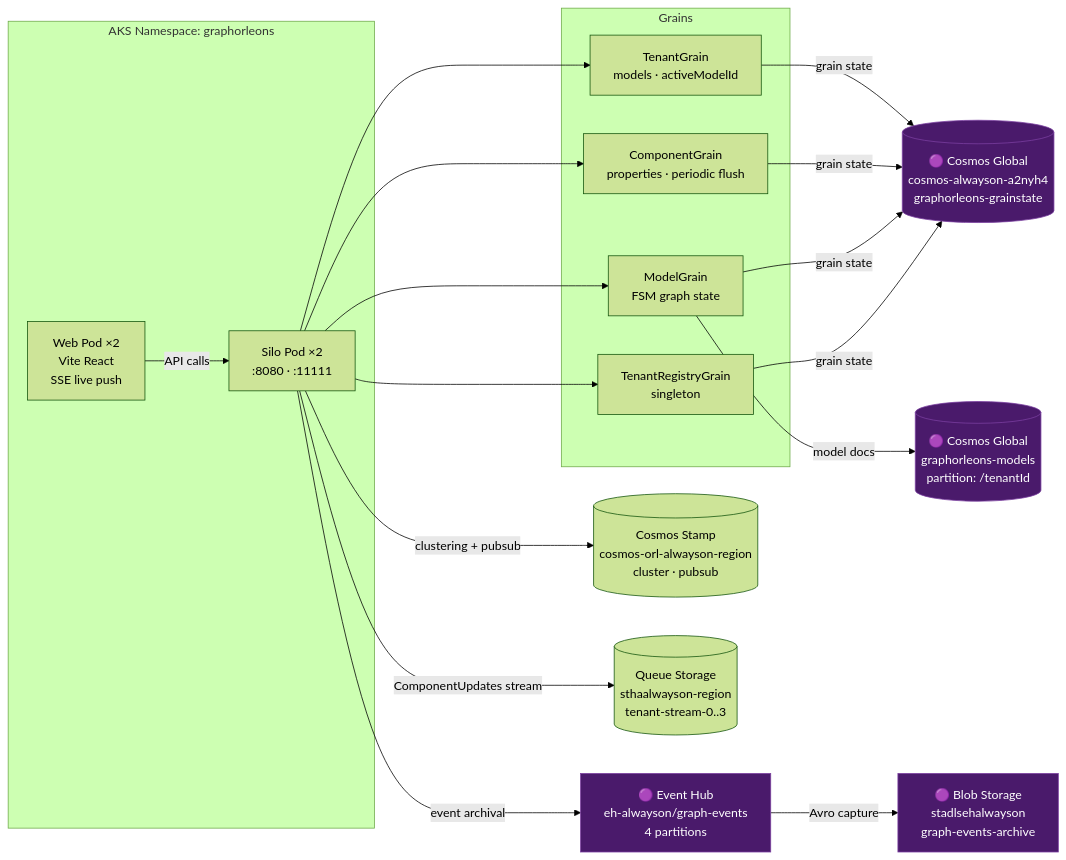
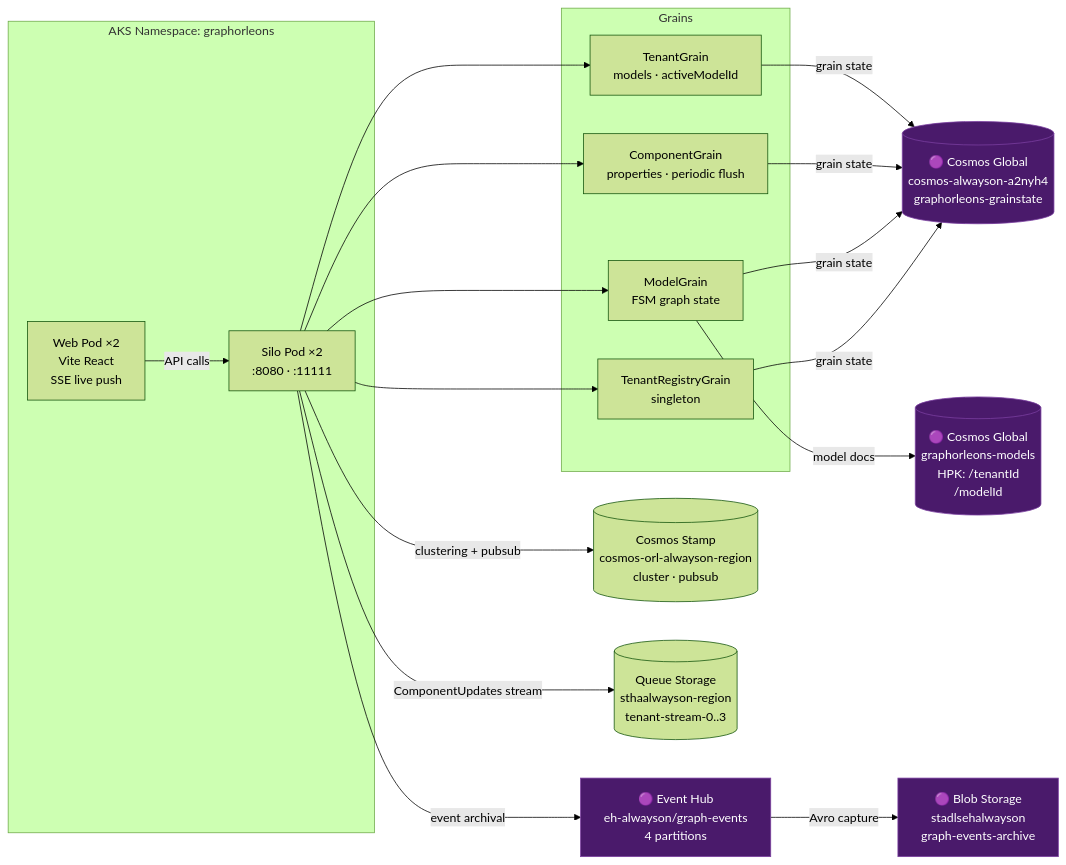
Before and after one commit to abossard/always-on-v2: the third of 4 diagrams in docs/PROJECT.md, drawn with Mermaid (forest theme). The commit also changed other lines of this file and 114 other files, not shown here.

````diff
--- a/docs/PROJECT.md
+++ b/docs/PROJECT.md
@@ -114,25 +114,25 @@
 ```mermaid
 graph LR
     subgraph K8s[AKS Namespace: graphorleons]
         WEB[Web Pod ×2<br/>Vite React<br/>SSE live push] -->|API calls| SILO[Silo Pod ×2<br/>:8080 · :11111]
     end
 
     subgraph Grains
         SILO --> TG[TenantGrain<br/>models · activeModelId]
         SILO --> CG[ComponentGrain<br/>properties · periodic flush]
         SILO --> MG[ModelGrain<br/>FSM graph state]
         SILO --> TR[TenantRegistryGrain<br/>singleton]
     end
 
     TG & CG & MG & TR -->|grain state| GC[(🟣 Cosmos Global<br/>cosmos-alwayson-a2nyh4<br/>graphorleons-grainstate)]
-    MG -->|model docs| MC[(🟣 Cosmos Global<br/>graphorleons-models<br/>partition: /tenantId)]
+    MG -->|model docs| MC[(🟣 Cosmos Global<br/>graphorleons-models<br/>HPK: /tenantId<br/>/modelId)]
     SILO -->|clustering + pubsub| SC[(Cosmos Stamp<br/>cosmos-orl-alwayson-region<br/>cluster · pubsub)]
     SILO -->|ComponentUpdates stream| QS[(Queue Storage<br/>sthaalwayson-region<br/>tenant-stream-0..3)]
     SILO -->|event archival| EH[🟣 Event Hub<br/>eh-alwayson/graph-events<br/>4 partitions]
     EH -->|Avro capture| BL[🟣 Blob Storage<br/>stadlsehalwayson<br/>graph-events-archive]
 
     style GC fill:#4A1A6B,stroke:#7B3FA0,color:#fff
     style MC fill:#4A1A6B,stroke:#7B3FA0,color:#fff
     style EH fill:#4A1A6B,stroke:#7B3FA0,color:#fff
     style BL fill:#4A1A6B,stroke:#7B3FA0,color:#fff
 ```
````
